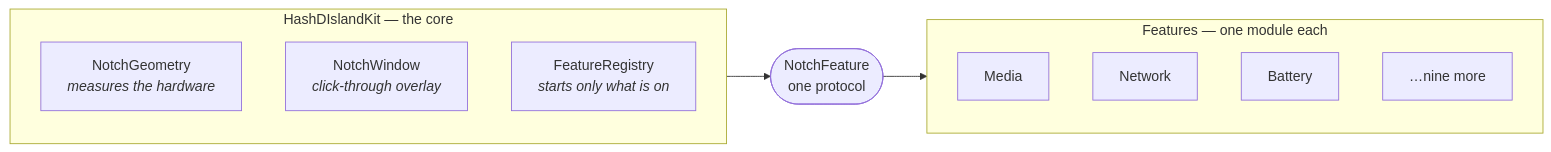
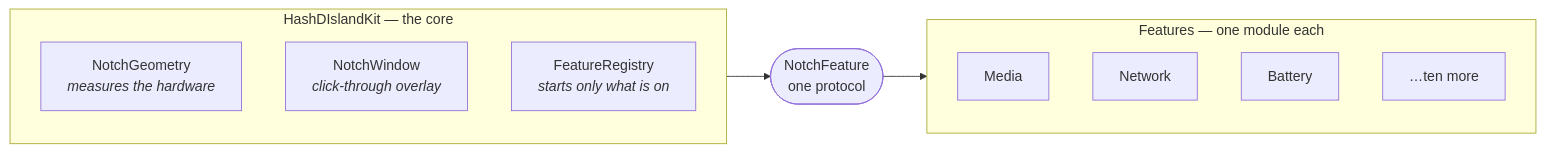
One commit to Hash-7777/Hash-D-Island changed the diagram in README.md. Above: the diagram before and after it, drawn with Mermaid. The commit also changed other lines of this file and 2 other files, not shown here.

````diff
--- a/README.md
+++ b/README.md
@@ -154,18 +154,18 @@
 ```mermaid
 flowchart LR
     subgraph core["HashDIslandKit — the core"]
         direction TB
         G["NotchGeometry<br/><i>measures the hardware</i>"]
         W["NotchWindow<br/><i>click-through overlay</i>"]
         R["FeatureRegistry<br/><i>starts only what is on</i>"]
     end
     P(["NotchFeature<br/>one protocol"])
     subgraph feat["Features — one module each"]
         direction TB
         M["Media"]
         N["Network"]
         B["Battery"]
-        E["…nine more"]
+        E["…ten more"]
     end
     core --> P --> feat
 ```
````
